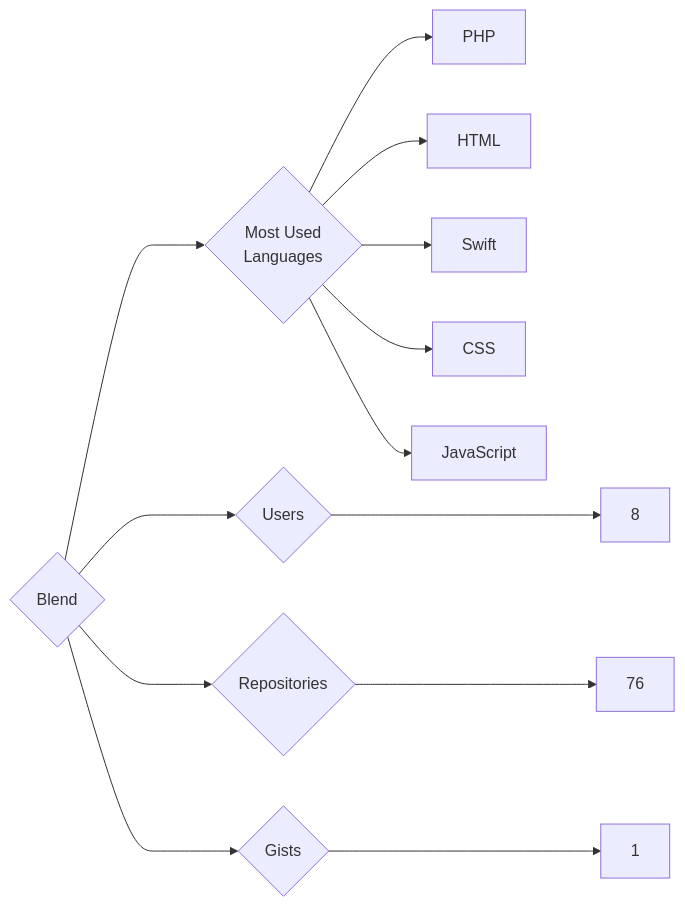
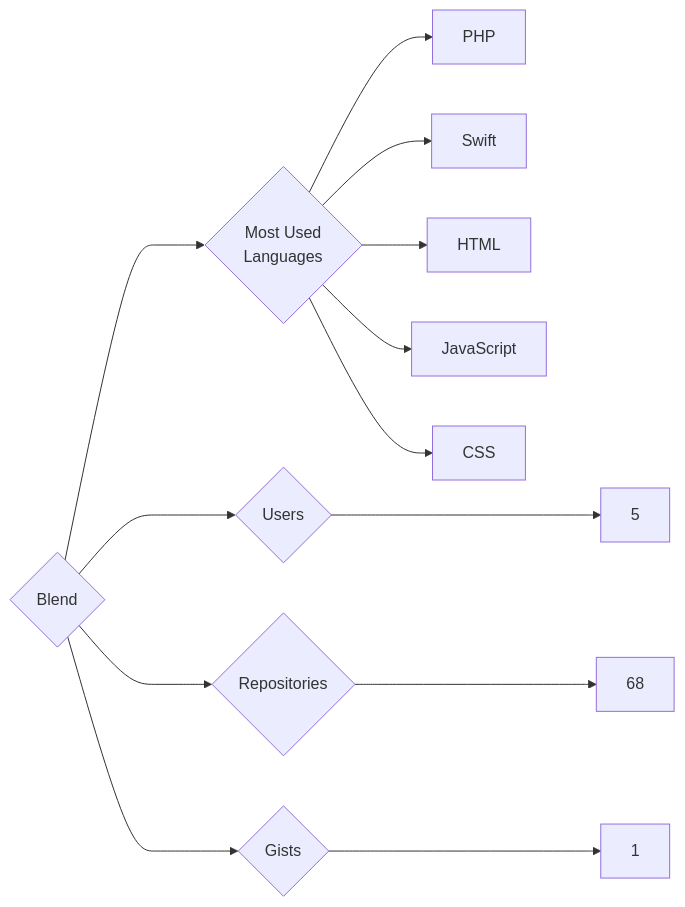
Before and after one commit to trickest/insiders: the diagram in targets/Blend/README.md, drawn with Mermaid. The commit also changed 927 other files, not shown here.

````diff
--- a/targets/Blend/README.md
+++ b/targets/Blend/README.md
@@ -3,13 +3,13 @@
 ```mermaid
 graph LR
 COMPANY_NAME{Blend}
-COMPANY_NAME ---> U{Users} ---> UN[8]
-COMPANY_NAME ---> R{Repositories} ---> RN[76]
+COMPANY_NAME ---> U{Users} ---> UN[5]
+COMPANY_NAME ---> R{Repositories} ---> RN[68]
 COMPANY_NAME ---> G{Gists} ---> GN[1]
 COMPANY_NAME ---> ML{Most Used<br>Languages}
 ML --> PHP[PHP]
+ML --> Swift[Swift]
 ML --> HTML[HTML]
-ML --> Swift[Swift]
+ML --> JavaScript[JavaScript]
 ML --> CSS[CSS]
-ML --> JavaScript[JavaScript]
 ```
````
